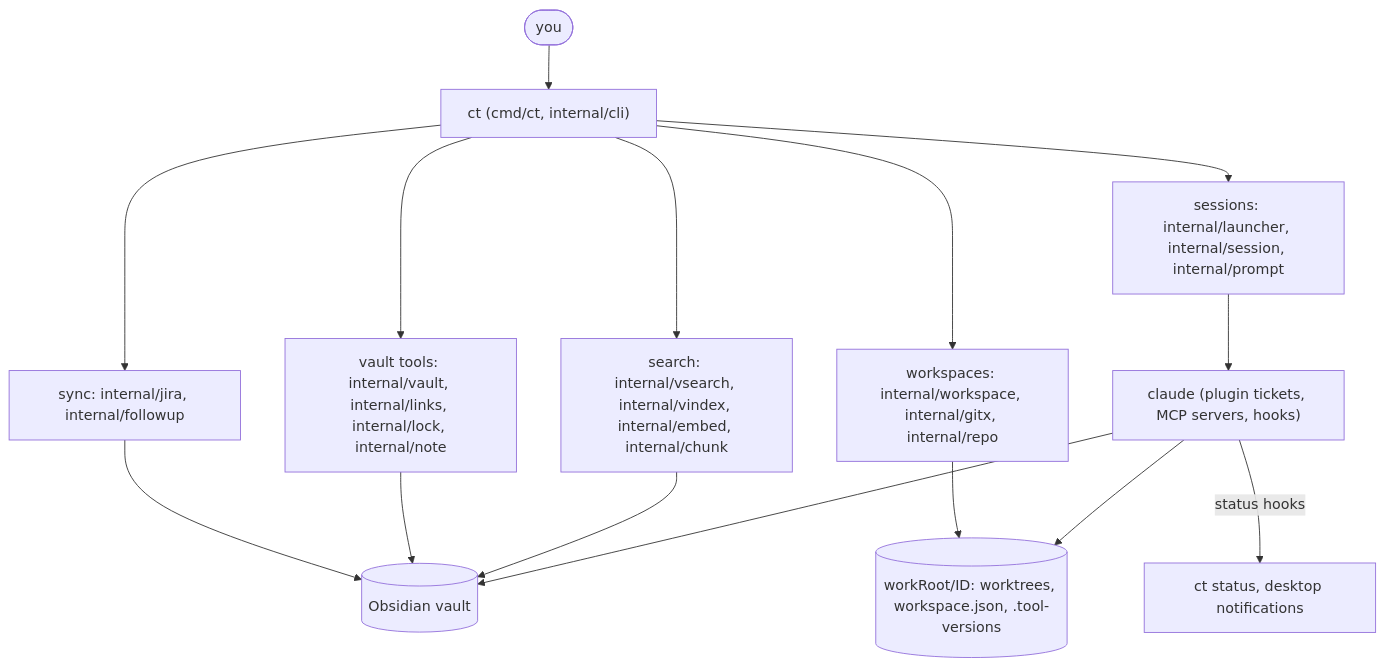
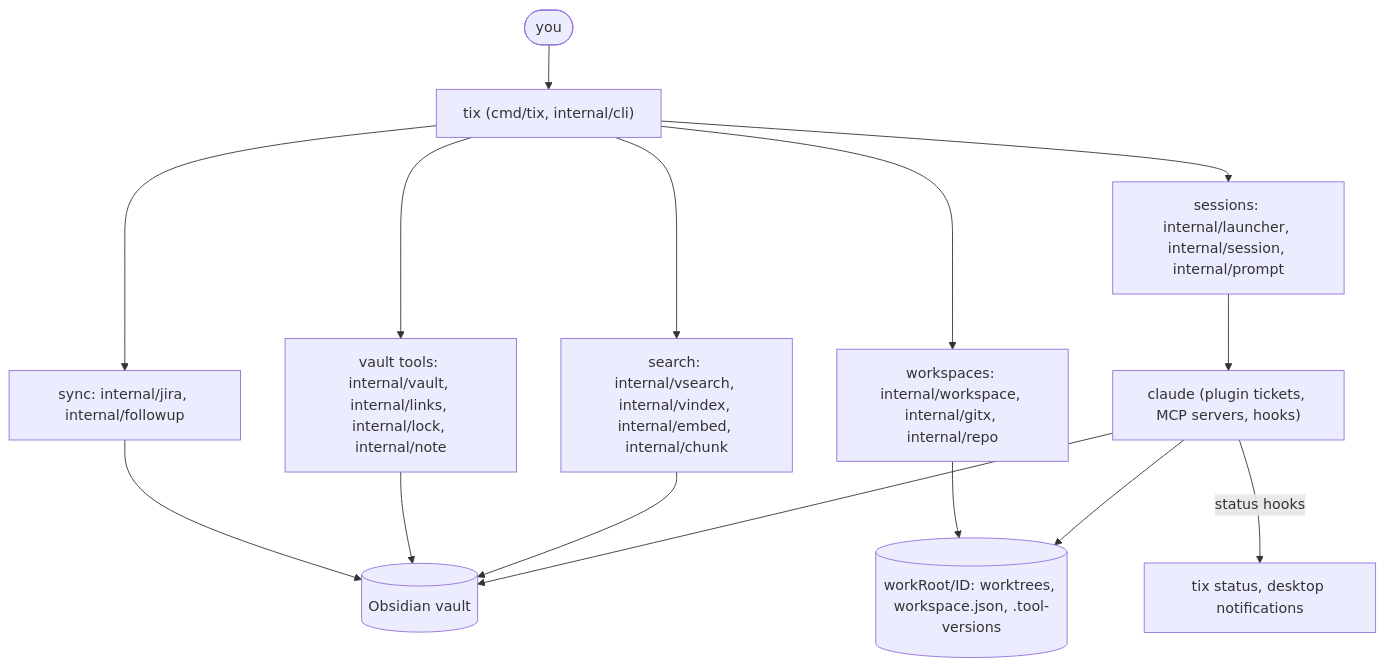
One commit to zero4573/claude-tickets changed the diagram in docs/architecture.md. Above: the diagram before and after it, drawn with Mermaid. The commit also changed other lines of this file and 361 other files, not shown here.

First line of the commit message:
feat!: rename claude-tickets to tix and run sessions on kiro too

````diff
--- a/docs/architecture.md
+++ b/docs/architecture.md
@@ -8,17 +8,17 @@
 ```mermaid
 flowchart TB
-  user(["you"]) --> ct["ct (cmd/ct, internal/cli)"]
-  ct --> sync["sync: internal/jira, internal/followup"]
-  ct --> ws["workspaces: internal/workspace, internal/gitx, internal/repo"]
-  ct --> sess["sessions: internal/launcher, internal/session, internal/prompt"]
-  ct --> vaultcmd["vault tools: internal/vault, internal/links, internal/lock, internal/note"]
-  ct --> search["search: internal/vsearch, internal/vindex, internal/embed, internal/chunk"]
+  user(["you"]) --> tix["tix (cmd/tix, internal/cli)"]
+  tix --> sync["sync: internal/jira, internal/followup"]
+  tix --> ws["workspaces: internal/workspace, internal/gitx, internal/repo"]
+  tix --> sess["sessions: internal/launcher, internal/session, internal/prompt"]
+  tix --> vaultcmd["vault tools: internal/vault, internal/links, internal/lock, internal/note"]
+  tix --> search["search: internal/vsearch, internal/vindex, internal/embed, internal/chunk"]
   sync --> vault[("Obsidian vault")]
   vaultcmd --> vault
   search --> vault
   ws --> work[("workRoot/ID: worktrees, workspace.json, .tool-versions")]
   sess --> claude["claude (plugin tickets, MCP servers, hooks)"]
   claude --> work
   claude --> vault
-  claude -- "status hooks" --> status["ct status, desktop notifications"]
+  claude -- "status hooks" --> status["tix status, desktop notifications"]
 ```
````
